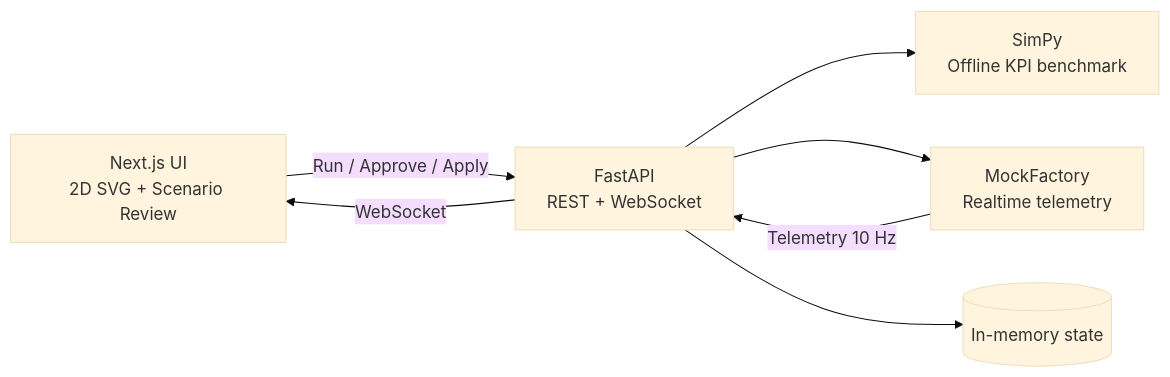
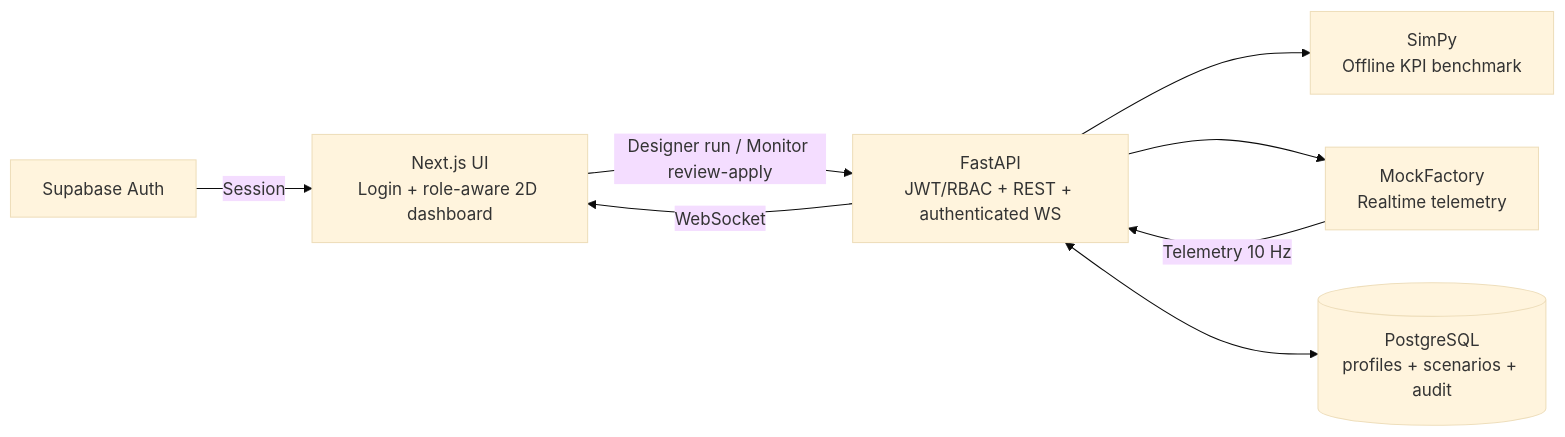
Before and after one commit to HoangTuBangGia/EV-Factory-Twin: the first of 2 diagrams in docs/presentation/README.md, drawn with Mermaid (base theme). The commit also changed other lines of this file and 129 other files, not shown here.

Commit message:
feat: implement comprehensive Supabase RBAC, real-time WebSocket communication, and admin management services

````diff
--- a/docs/presentation/README.md
+++ b/docs/presentation/README.md
@@ -30,15 +30,17 @@
 ```mermaid
 flowchart LR
-    FE[Next.js UI<br/>2D SVG + Scenario Review]
-    API[FastAPI<br/>REST + WebSocket]
+    AUTH[Supabase Auth]
+    FE[Next.js UI<br/>Login + role-aware 2D dashboard]
+    API[FastAPI<br/>JWT/RBAC + REST + authenticated WS]
     MOCK[MockFactory<br/>Realtime telemetry]
     SIM[SimPy<br/>Offline KPI benchmark]
-    MEM[(In-memory state)]
+    DB[(PostgreSQL<br/>profiles + scenarios + audit)]
 
-    FE -->|Run / Approve / Apply| API
+    AUTH -->|Session| FE
+    FE -->|Designer run / Monitor review-apply| API
     API --> SIM
     API --> MOCK
     MOCK -->|Telemetry 10 Hz| API
     API -->|WebSocket| FE
-    API --> MEM
+    API <--> DB
 ```
````
